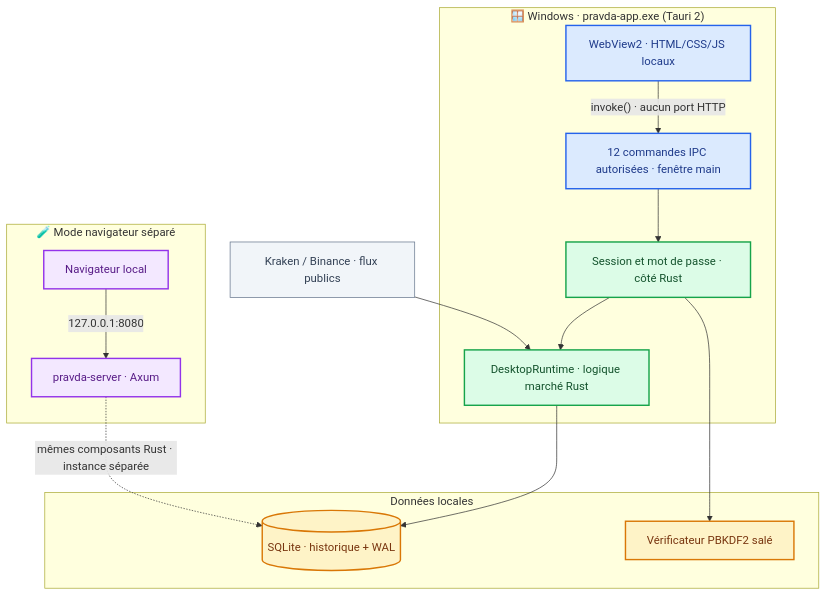
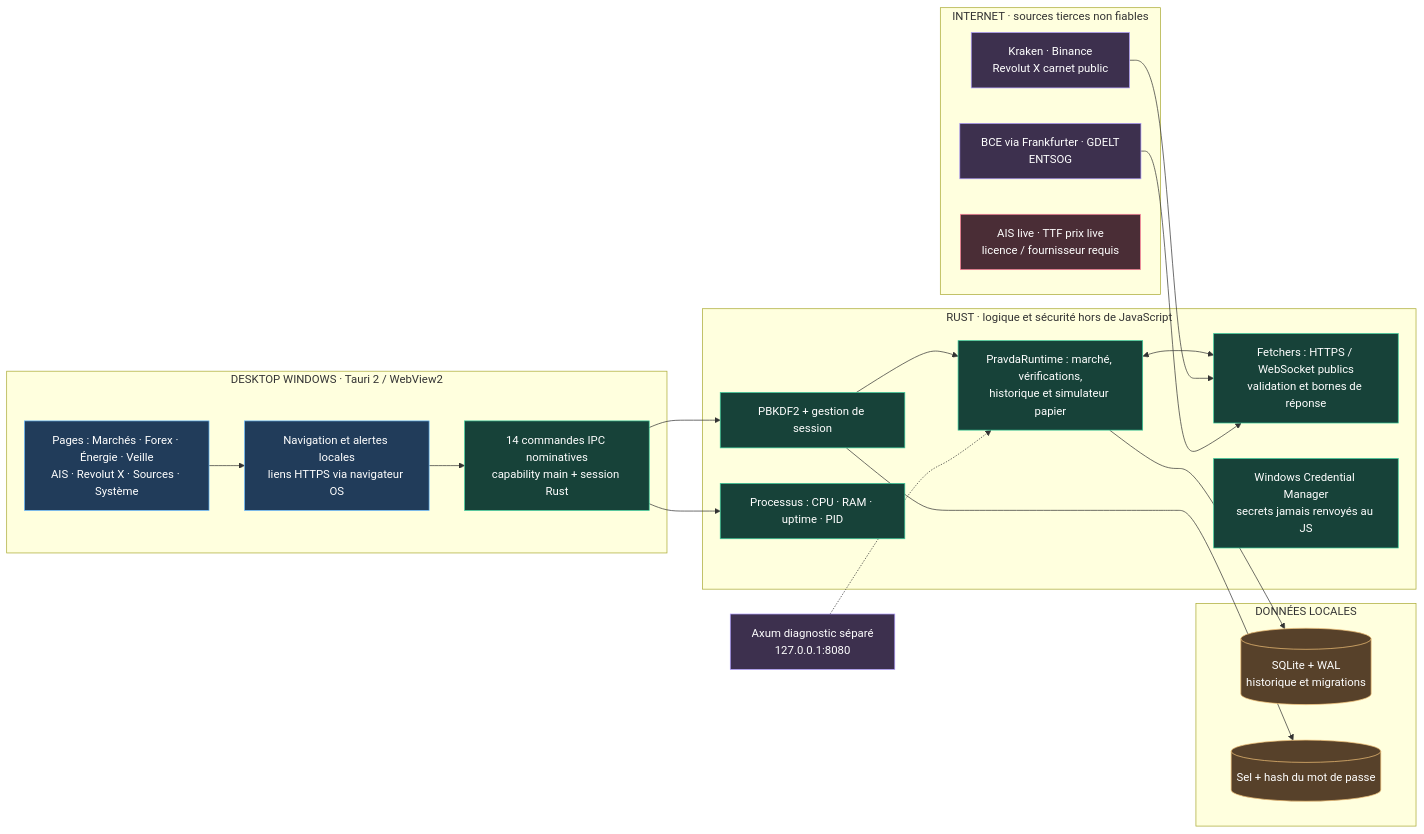
Before and after one commit to suvorovpravda/Pravda-Bot: the first of 2 diagrams in README.md, drawn with Mermaid. The commit also changed other lines of this file, not shown here.

Commit message:
docs(readme): show multi-layer architecture, interactive pages, public feeds, install paths and verified gaps

````diff
--- a/README.md
+++ b/README.md
@@ -77,30 +79,38 @@
 ```mermaid
-flowchart TB
-    classDef ui fill:#dbeafe,stroke:#2563eb,color:#1e3a8a,stroke-width:2px
-    classDef rust fill:#dcfce7,stroke:#16a34a,color:#14532d,stroke-width:2px
-    classDef data fill:#fef3c7,stroke:#d97706,color:#78350f,stroke-width:2px
-    classDef diag fill:#f3e8ff,stroke:#9333ea,color:#581c87,stroke-width:2px
-    classDef external fill:#f1f5f9,stroke:#64748b,color:#334155
-
-    subgraph DESKTOP["🪟 Windows · pravda-app.exe (Tauri 2)"]
-        UI["WebView2 · HTML/CSS/JS locaux"]:::ui
-        IPC["12 commandes IPC autorisées · fenêtre main"]:::ui
-        AUTH["Session et mot de passe · côté Rust"]:::rust
-        RUNTIME["DesktopRuntime · logique marché Rust"]:::rust
-        UI -->|"invoke() · aucun port HTTP"| IPC
-        IPC --> AUTH
-        AUTH --> RUNTIME
-    end
-    subgraph STORAGE["Données locales"]
-        DB[("SQLite · historique + WAL")]:::data
-        PASS["Vérificateur PBKDF2 salé"]:::data
-    end
-    RUNTIME --> DB
-    AUTH --> PASS
-    EX["Kraken / Binance · flux publics"]:::external --> RUNTIME
-
-    subgraph DIAGNOSTIC["🧪 Mode navigateur séparé"]
-        BROWSER["Navigateur local"]:::diag -->|"127.0.0.1:8080"| AXUM["pravda-server · Axum"]:::diag
-    end
-    AXUM -.->|"mêmes composants Rust · instance séparée"| DB
+flowchart LR
+  classDef ui fill:#213c5a,stroke:#68baff,color:#fff
+  classDef core fill:#174239,stroke:#38cc9b,color:#fff
+  classDef data fill:#57412a,stroke:#f1c177,color:#fff
+  classDef net fill:#3d304e,stroke:#ad9afa,color:#fff
+  classDef gated fill:#4a2d36,stroke:#ff839a,color:#fff
+  subgraph WIN["DESKTOP WINDOWS · Tauri 2 / WebView2"]
+    UI["Pages : Marchés · Forex · Énergie · Veille<br/>AIS · Revolut X · Sources · Système"]:::ui
+    NAV["Navigation et alertes locales<br/>liens HTTPS via navigateur OS"]:::ui
+    IPC["14 commandes IPC nominatives<br/>capability main + session Rust"]:::core
+    UI --> NAV --> IPC
+  end
+  subgraph RUST["RUST · logique et sécurité hors de JavaScript"]
+    AUTH["PBKDF2 + gestion de session"]:::core
+    ENGINE["PravdaRuntime : marché, vérifications,<br/>historique et simulateur papier"]:::core
+    FETCH["Fetchers : HTTPS / WebSocket publics<br/>validation et bornes de réponse"]:::core
+    SYS["Processus : CPU · RAM · uptime · PID"]:::core
+    VAULT["Windows Credential Manager<br/>secrets jamais renvoyés au JS"]:::core
+    IPC --> AUTH --> ENGINE
+    IPC --> SYS
+    ENGINE <--> FETCH
+  end
+  subgraph DB["DONNÉES LOCALES"]
+    SQL[("SQLite + WAL<br/>historique et migrations")]:::data
+    VERIFIER[("Sel + hash du mot de passe")]:::data
+  end
+  ENGINE --> SQL
+  AUTH --> VERIFIER
+  subgraph EXT["INTERNET · sources tierces non fiables"]
+    MARKET["Kraken · Binance<br/>Revolut X carnet public"]:::net
+    OPEN["BCE via Frankfurter · GDELT<br/>ENTSOG"]:::net
+    LICENSE["AIS live · TTF prix live<br/>licence / fournisseur requis"]:::gated
+  end
+  MARKET --> FETCH
+  OPEN --> FETCH
+  AXUM["Axum diagnostic séparé<br/>127.0.0.1:8080"]:::net -.-> ENGINE
 ```
````
